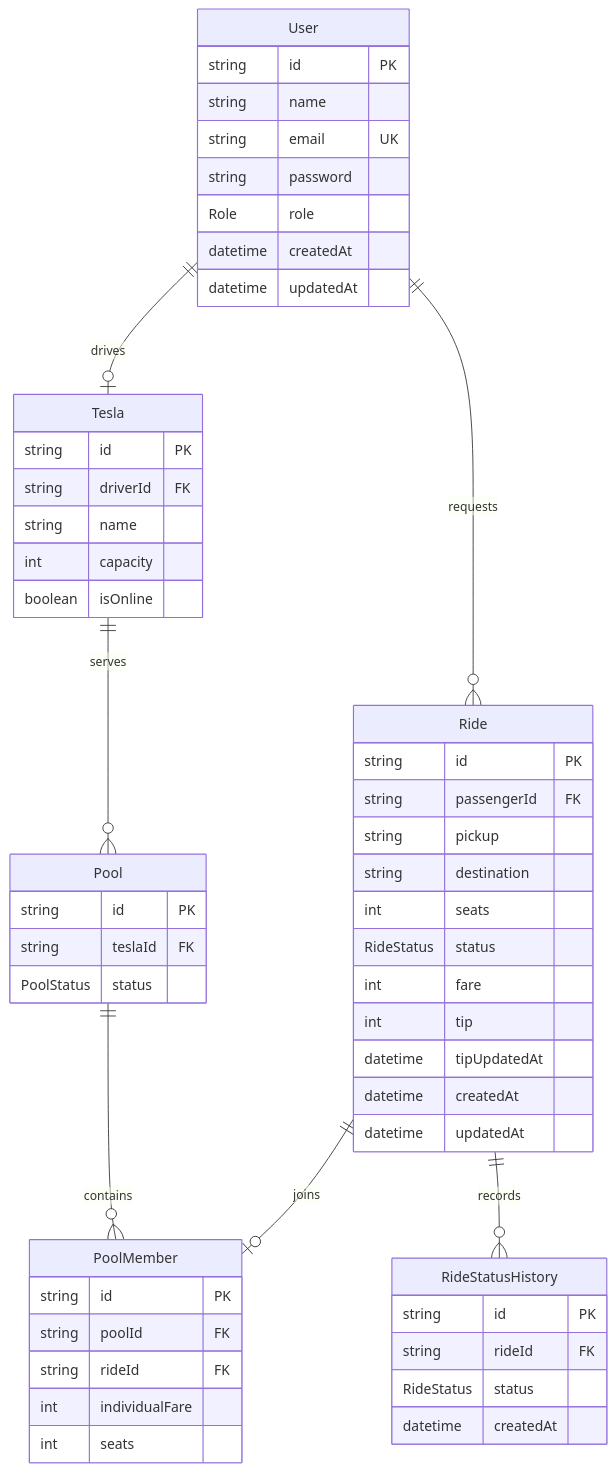
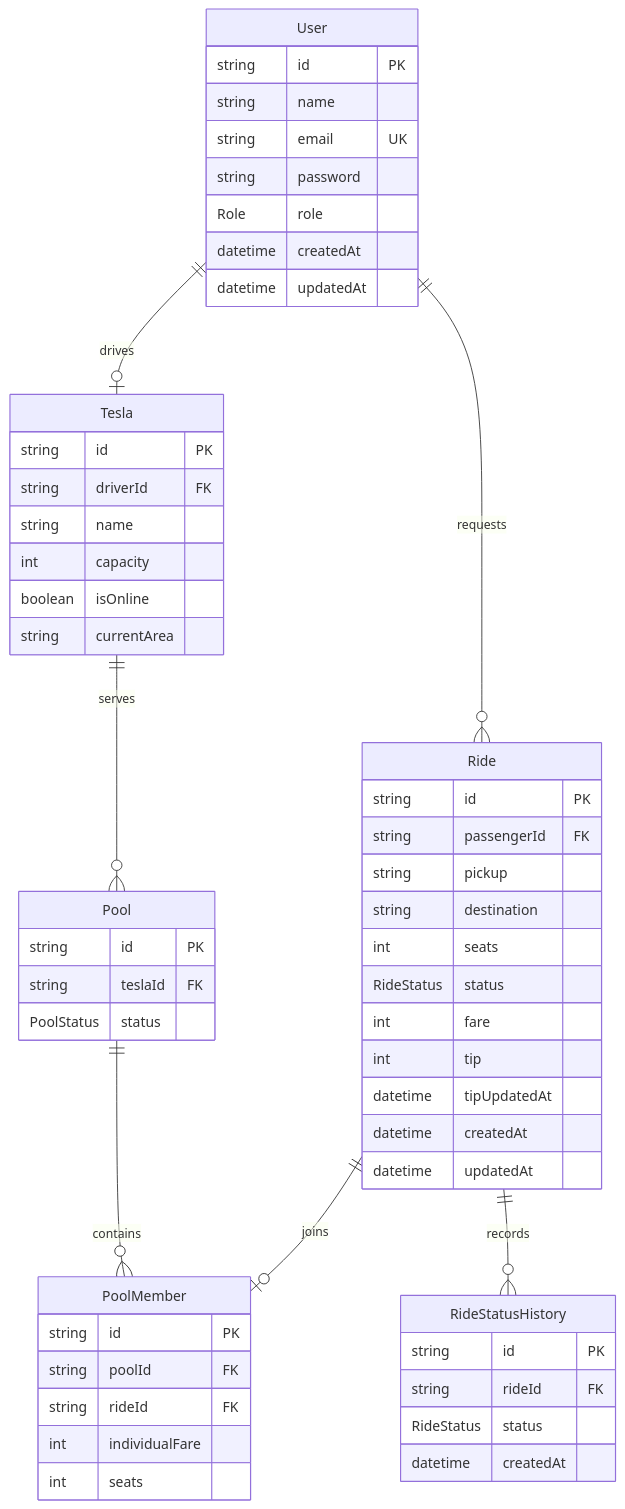
Before and after one commit to 17324Mahir/dhaka-tesla-pool: the diagram in docs/erd.md, drawn with Mermaid. The commit also changed 17 other files, not shown here.

````diff
--- a/docs/erd.md
+++ b/docs/erd.md
@@ -3,62 +3,63 @@
 ```mermaid
 erDiagram
     User ||--o{ Ride : requests
     User ||--o| Tesla : drives
     Tesla ||--o{ Pool : serves
     Pool ||--o{ PoolMember : contains
     Ride ||--o| PoolMember : joins
     Ride ||--o{ RideStatusHistory : records
 
     User {
       string id PK
       string name
       string email UK
       string password
       Role role
       datetime createdAt
       datetime updatedAt
     }
 
     Tesla {
       string id PK
       string driverId FK
       string name
       int capacity
       boolean isOnline
+      string currentArea
     }
 
     Ride {
       string id PK
       string passengerId FK
       string pickup
       string destination
       int seats
       RideStatus status
       int fare
       int tip
       datetime tipUpdatedAt
       datetime createdAt
       datetime updatedAt
     }
 
     Pool {
       string id PK
       string teslaId FK
       PoolStatus status
     }
 
     PoolMember {
       string id PK
       string poolId FK
       string rideId FK
       int individualFare
       int seats
     }
 
     RideStatusHistory {
       string id PK
       string rideId FK
       RideStatus status
       datetime createdAt
     }
 ```
````
